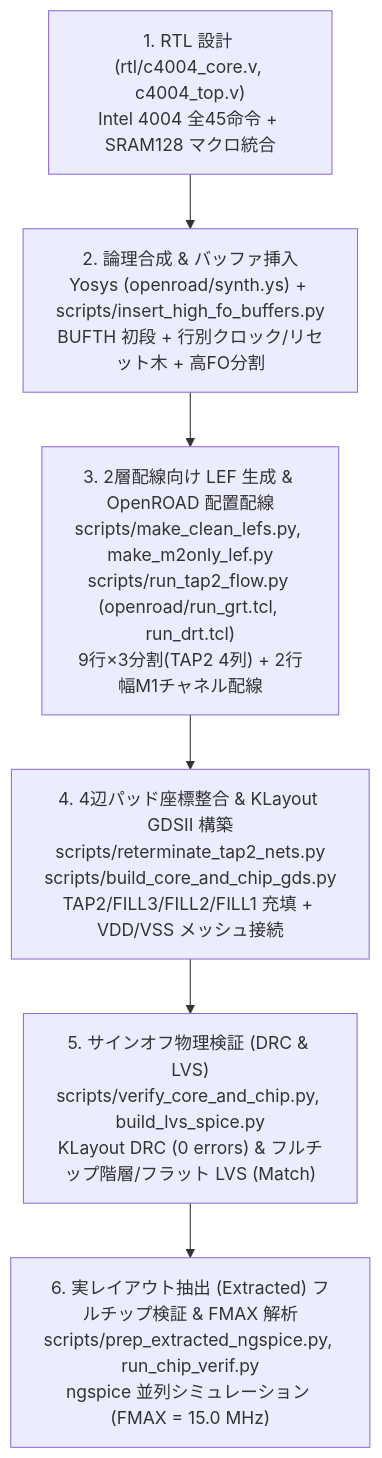
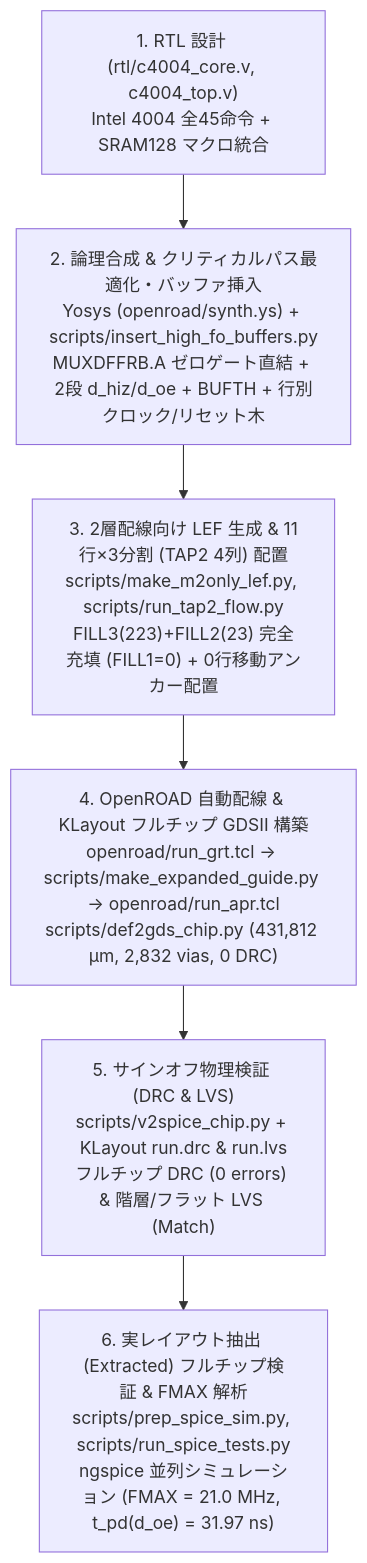
One commit to jun1okamura/TR-1um_C4004 changed the diagram in README.md. Above: the diagram before and after it, drawn with Mermaid. The commit also changed other lines of this file and 98 other files, not shown here.

Commit message:
Redesign C4004 based on Trial-10 analysis: FMAX=21.0MHz, tpd(d_oe)=31.97ns, WL=431.8mm, 0 FILL1, 0 DRC, LVS Match

````diff
--- a/README.md
+++ b/README.md
@@ -79,8 +79,8 @@
 ```mermaid
 flowchart TD
-    A["1. RTL 設計 (rtl/c4004_core.v, c4004_top.v)<br/>Intel 4004 全45命令 + SRAM128 マクロ統合"] --> B["2. 論理合成 & バッファ挿入<br/>Yosys (openroad/synth.ys) + scripts/insert_high_fo_buffers.py<br/>BUFTH 初段 + 行別クロック/リセット木 + 高FO分割"]
-    B --> C["3. 2層配線向け LEF 生成 & OpenROAD 配置配線<br/>scripts/make_clean_lefs.py, make_m2only_lef.py<br/>scripts/run_tap2_flow.py (openroad/run_grt.tcl, run_drt.tcl)<br/>9行×3分割(TAP2 4列) + 2行幅M1チャネル配線"]
-    C --> D["4. 4辺パッド座標整合 & KLayout GDSII 構築<br/>scripts/reterminate_tap2_nets.py<br/>scripts/build_core_and_chip_gds.py<br/>TAP2/FILL3/FILL2/FILL1 充填 + VDD/VSS メッシュ接続"]
-    D --> E["5. サインオフ物理検証 (DRC & LVS)<br/>scripts/verify_core_and_chip.py, build_lvs_spice.py<br/>KLayout DRC (0 errors) & フルチップ階層/フラット LVS (Match)"]
-    E --> F["6. 実レイアウト抽出 (Extracted) フルチップ検証 & FMAX 解析<br/>scripts/prep_extracted_ngspice.py, run_chip_verif.py<br/>ngspice 並列シミュレーション (FMAX = 15.0 MHz)"]
+    A["1. RTL 設計 (rtl/c4004_core.v, c4004_top.v)<br/>Intel 4004 全45命令 + SRAM128 マクロ統合"] --> B["2. 論理合成 & クリティカルパス最適化・バッファ挿入<br/>Yosys (openroad/synth.ys) + scripts/insert_high_fo_buffers.py<br/>MUXDFFRB.A ゼロゲート直結 + 2段 d_hiz/d_oe + BUFTH + 行別クロック/リセット木"]
+    B --> C["3. 2層配線向け LEF 生成 & 11行×3分割 (TAP2 4列) 配置<br/>scripts/make_m2only_lef.py, scripts/run_tap2_flow.py<br/>FILL3(223)+FILL2(23) 完全充填 (FILL1=0) + 0行移動アンカー配置"]
+    C --> D["4. OpenROAD 自動配線 & KLayout フルチップ GDSII 構築<br/>openroad/run_grt.tcl -> scripts/make_expanded_guide.py -> openroad/run_apr.tcl<br/>scripts/def2gds_chip.py (431,812 µm, 2,832 vias, 0 DRC)"]
+    D --> E["5. サインオフ物理検証 (DRC & LVS)<br/>scripts/v2spice_chip.py + KLayout run.drc & run.lvs<br/>フルチップ DRC (0 errors) & 階層/フラット LVS (Match)"]
+    E --> F["6. 実レイアウト抽出 (Extracted) フルチップ検証 & FMAX 解析<br/>scripts/prep_spice_sim.py, scripts/run_spice_tests.py<br/>ngspice 並列シミュレーション (FMAX = 21.0 MHz, t_pd(d_oe) = 31.97 ns)"]
 ```
````
